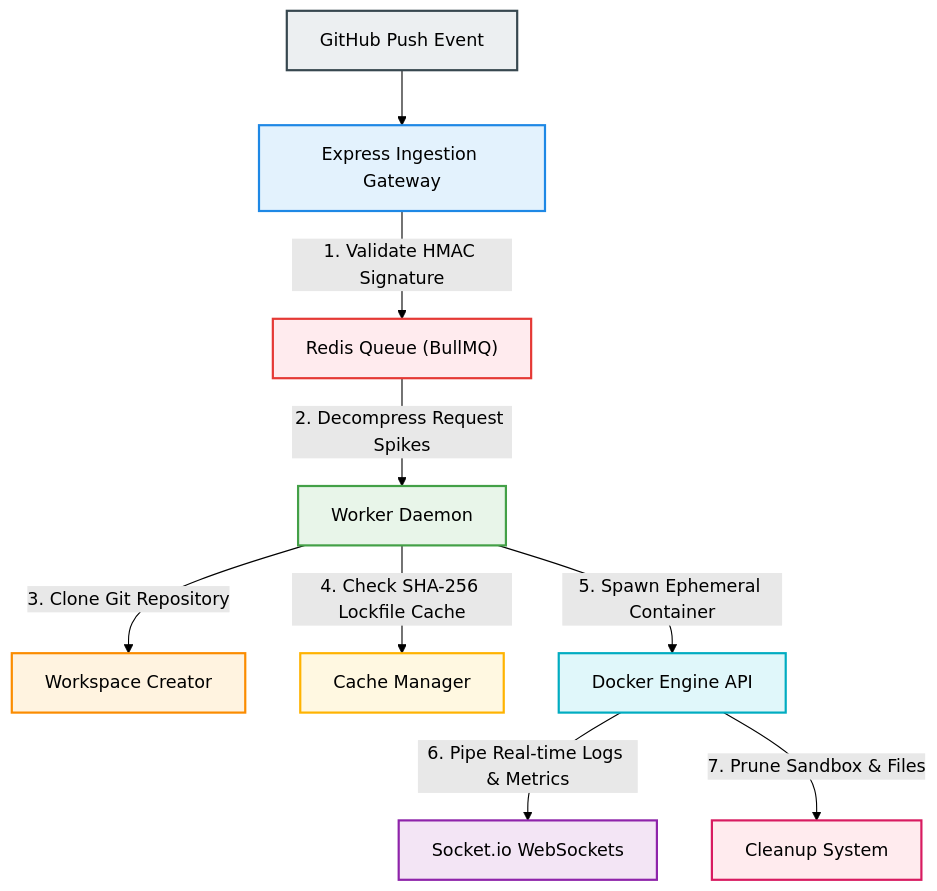
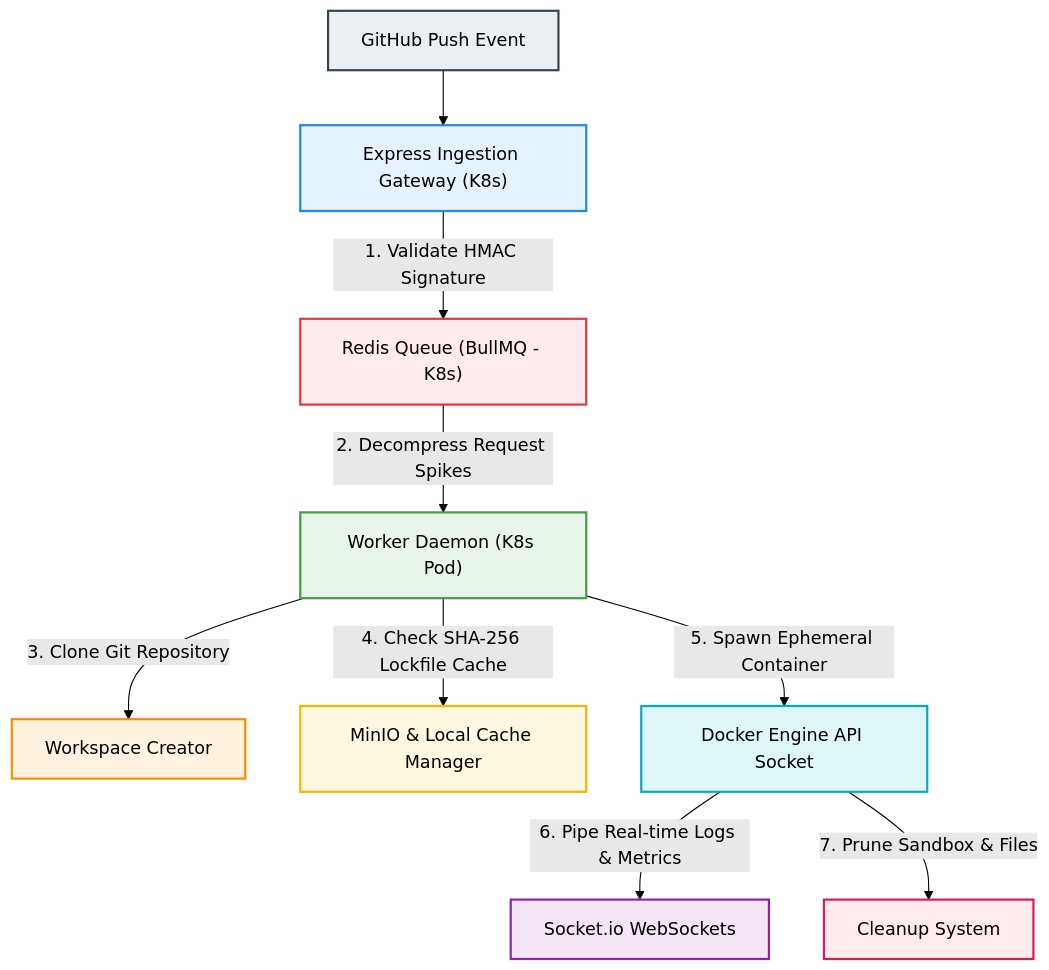
One commit to AmanKashyapp07/MagnusCI changed the diagram in README.md. Above: the diagram before and after it, drawn with Mermaid (forest theme). The commit also changed other lines of this file and 34 other files, not shown here.

````diff
--- a/README.md
+++ b/README.md
@@ -183,34 +214,34 @@
 ```mermaid
 graph TD
     %% Nodes
     A["GitHub Push Event"]
-    B["Express Ingestion Gateway"]
-    C["Redis Queue (BullMQ)"]
-    D["Worker Daemon"]
+    B["Express Ingestion Gateway (K8s)"]
+    C["Redis Queue (BullMQ - K8s)"]
+    D["Worker Daemon (K8s Pod)"]
     E["Workspace Creator"]
-    F["Cache Manager"]
-    G["Docker Engine API"]
+    F["MinIO & Local Cache Manager"]
+    G["Docker Engine API Socket"]
     H["Socket.io WebSockets"]
     I["Cleanup System"]
 
     %% Connections
     A --> B
     B -->|1. Validate HMAC Signature| C
     C -->|2. Decompress Request Spikes| D
     D -->|3. Clone Git Repository| E
     D -->|4. Check SHA-256 Lockfile Cache| F
     D -->|5. Spawn Ephemeral Container| G
     G -->|6. Pipe Real-time Logs & Metrics| H
     G -->|7. Prune Sandbox & Files| I
 
     %% Styling
     style A fill:#ECEFF1,stroke:#37474F,stroke-width:2px,color:#000
     style B fill:#E3F2FD,stroke:#1E88E5,stroke-width:2px,color:#000
     style C fill:#FFEBEE,stroke:#E53935,stroke-width:2px,color:#000
     style D fill:#E8F5E9,stroke:#43A047,stroke-width:2px,color:#000
     style E fill:#FFF3E0,stroke:#FB8C00,stroke-width:2px,color:#000
     style F fill:#FFF8E1,stroke:#FFB300,stroke-width:2px,color:#000
     style G fill:#E0F7FA,stroke:#00ACC1,stroke-width:2px,color:#000
     style H fill:#F3E5F5,stroke:#8E24AA,stroke-width:2px,color:#000
     style I fill:#FFEBEE,stroke:#D81B60,stroke-width:2px,color:#000
 ```
````
